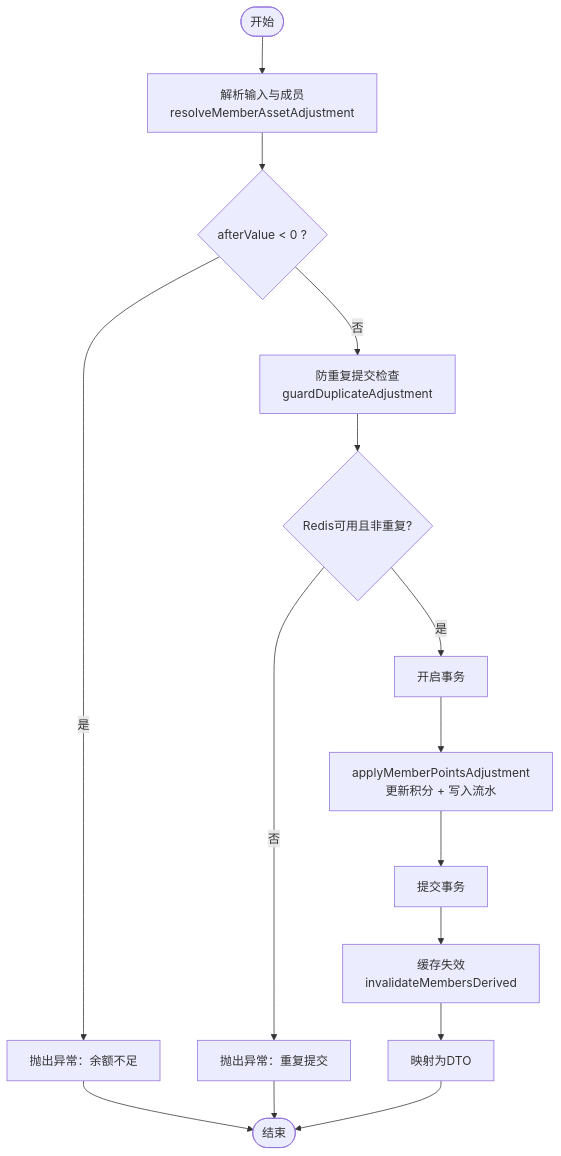
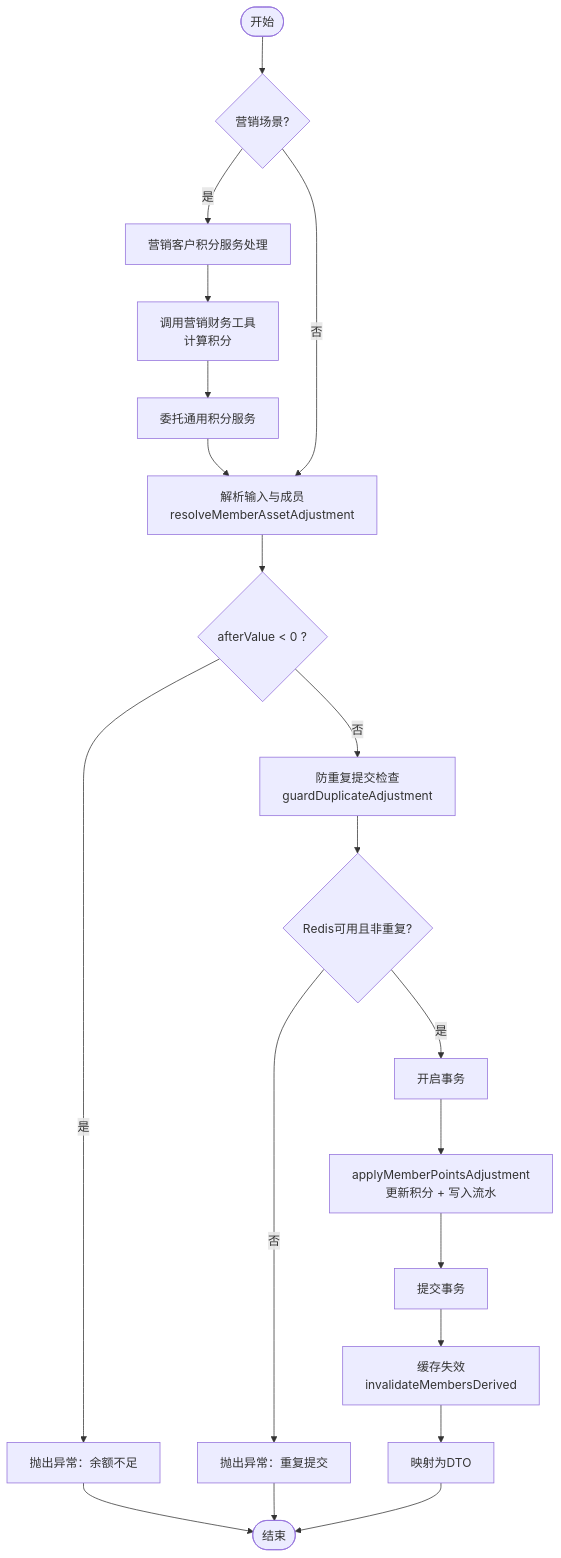
Before and after one commit to rc558620/purelyprofit-server: the fifth of 5 diagrams in .qoder/repowiki/zh/content/业务模块/会员管理模块/会员积分管理.md, drawn with Mermaid. The commit also changed other lines of this file and 10 other files, not shown here.

````diff
--- a/.qoder/repowiki/zh/content/业务模块/会员管理模块/会员积分管理.md
+++ b/.qoder/repowiki/zh/content/业务模块/会员管理模块/会员积分管理.md
@@ -462,17 +513,22 @@
 ```mermaid
 flowchart TD
-Start(["开始"]) --> Parse["解析输入与成员<br/>resolveMemberAssetAdjustment"]
+Start(["开始"]) --> CheckType{"营销场景?"}
+CheckType --> |是| MktProcess["营销客户积分服务处理"]
+CheckType --> |否| Parse["解析输入与成员<br/>resolveMemberAssetAdjustment"]
+MktProcess --> FinanceCalc["调用营销财务工具<br/>计算积分"]
+FinanceCalc --> Delegate["委托通用积分服务"]
+Delegate --> Parse
 Parse --> Check{"afterValue < 0 ?"}
 Check --> |是| Err["抛出异常：余额不足"]
 Check --> |否| Dedup["防重复提交检查<br/>guardDuplicateAdjustment"]
 Dedup --> DedupCheck{"Redis可用且非重复?"}
 DedupCheck --> |否| DedupErr["抛出异常：重复提交"]
 DedupCheck --> |是| Txn["开启事务"]
 Txn --> Apply["applyMemberPointsAdjustment<br/>更新积分 + 写入流水"]
 Apply --> Commit["提交事务"]
 Commit --> Invalidate["缓存失效<br/>invalidateMembersDerived"]
 Invalidate --> Map["映射为DTO"]
 Map --> End(["结束"])
 Err --> End
 DedupErr --> End
 ```
````
